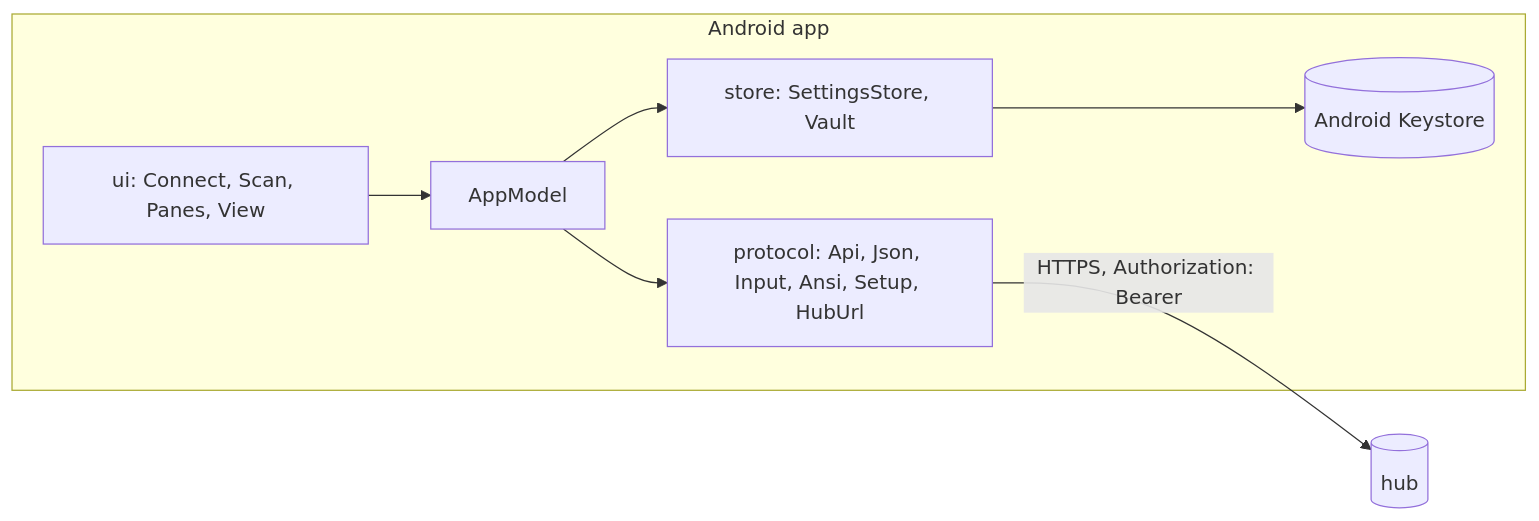
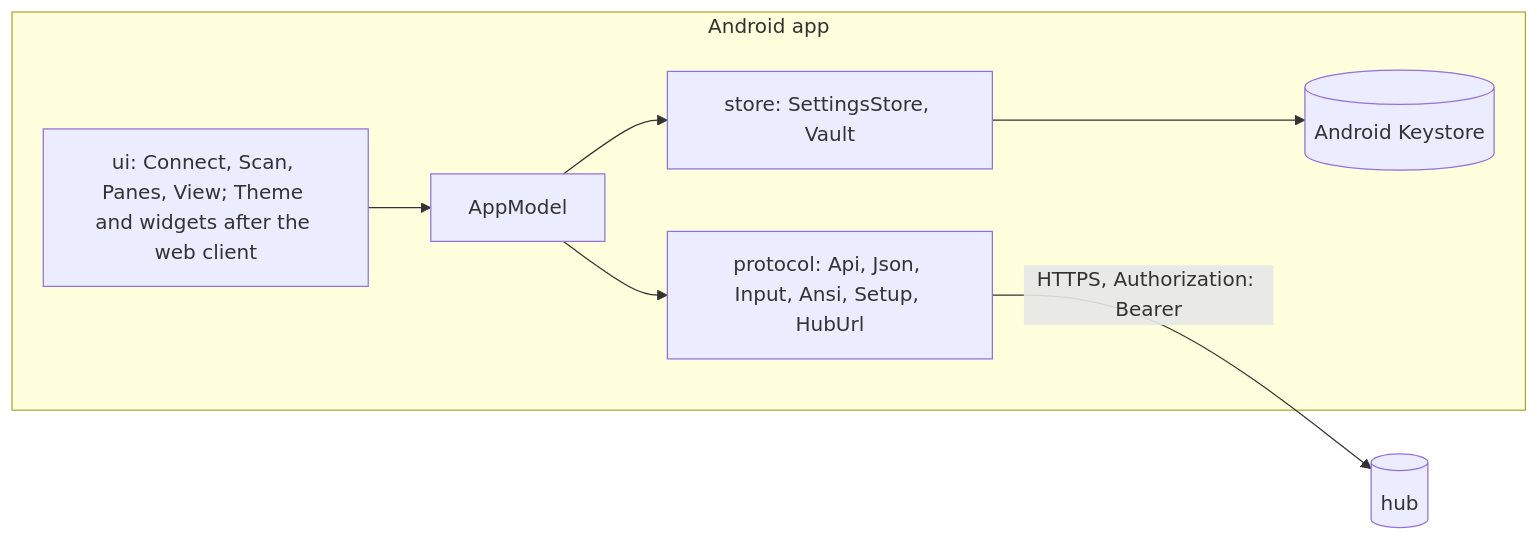
One commit to notmarkopadjen/muxway-android changed the first of 4 diagrams in docs/ARCHITECTURE.md. Above: the diagram before and after it, drawn with Mermaid. The commit also changed 6 other files, not shown here.

````diff
--- a/docs/ARCHITECTURE.md
+++ b/docs/ARCHITECTURE.md
@@ -9,10 +9,10 @@
 ```mermaid
 flowchart LR
     subgraph app[Android app]
-        UI[ui: Connect, Scan, Panes, View] --> M[AppModel]
+        UI[ui: Connect, Scan, Panes, View; Theme and widgets after the web client] --> M[AppModel]
         M --> P[protocol: Api, Json, Input, Ansi, Setup, HubUrl]
         M --> S[store: SettingsStore, Vault]
         S --> KS[(Android Keystore)]
     end
     P -- "HTTPS, Authorization: Bearer" --> H[(hub)]
 ```
````
